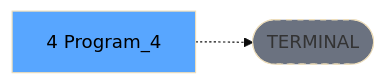
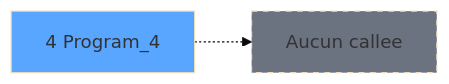
One commit to thonyAGP/lecteur-magic changed the third of 3 diagrams in .openspec/specs/ADH-IDE-4.md. Above: the diagram before and after it, drawn with Mermaid (base theme). The commit also changed other lines of this file and 96 other files, not shown here.

````diff
--- a/.openspec/specs/ADH-IDE-4.md
+++ b/.openspec/specs/ADH-IDE-4.md
@@ -134,8 +121,8 @@
 ```mermaid
 graph LR
-    T[4 Program_4]
-    TERM([TERMINAL])
-    T -.-> TERM
-    style TERM fill:#6b7280,stroke-dasharray: 5 5
-    style T fill:#58a6ff,color:#000
+    T4[4 Program_4]
+    style T4 fill:#58a6ff
+    NONE[Aucun callee]
+    T4 -.-> NONE
+    style NONE fill:#6b7280,stroke-dasharray: 5 5
 ```
````
